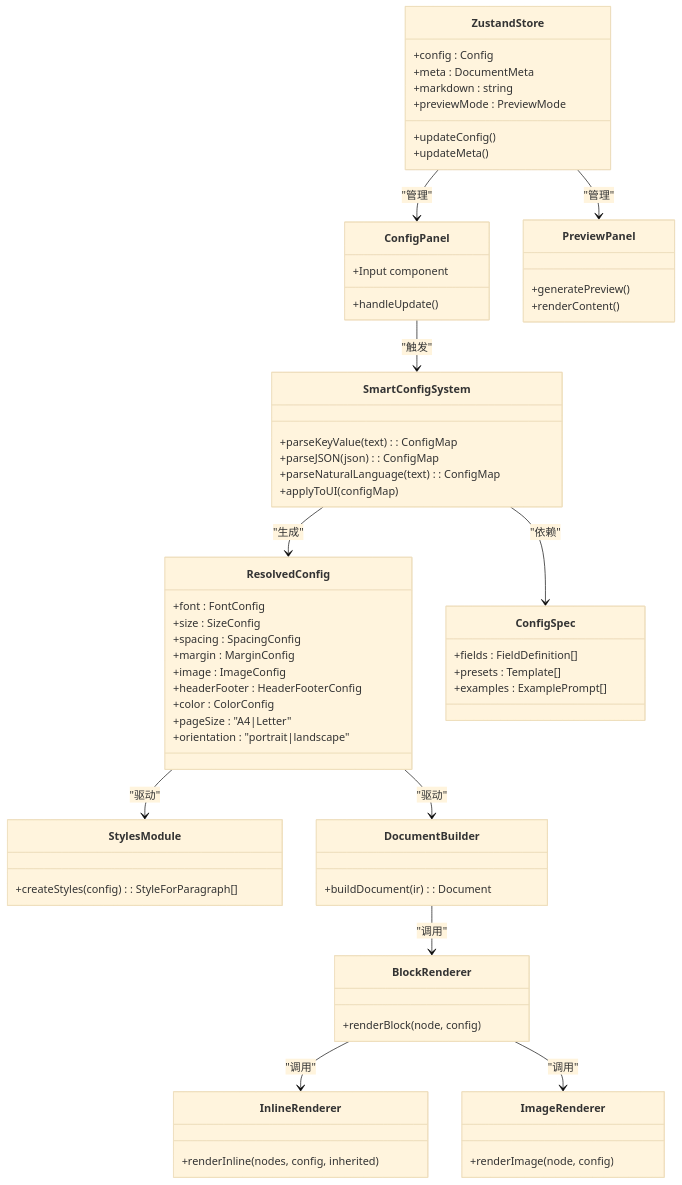
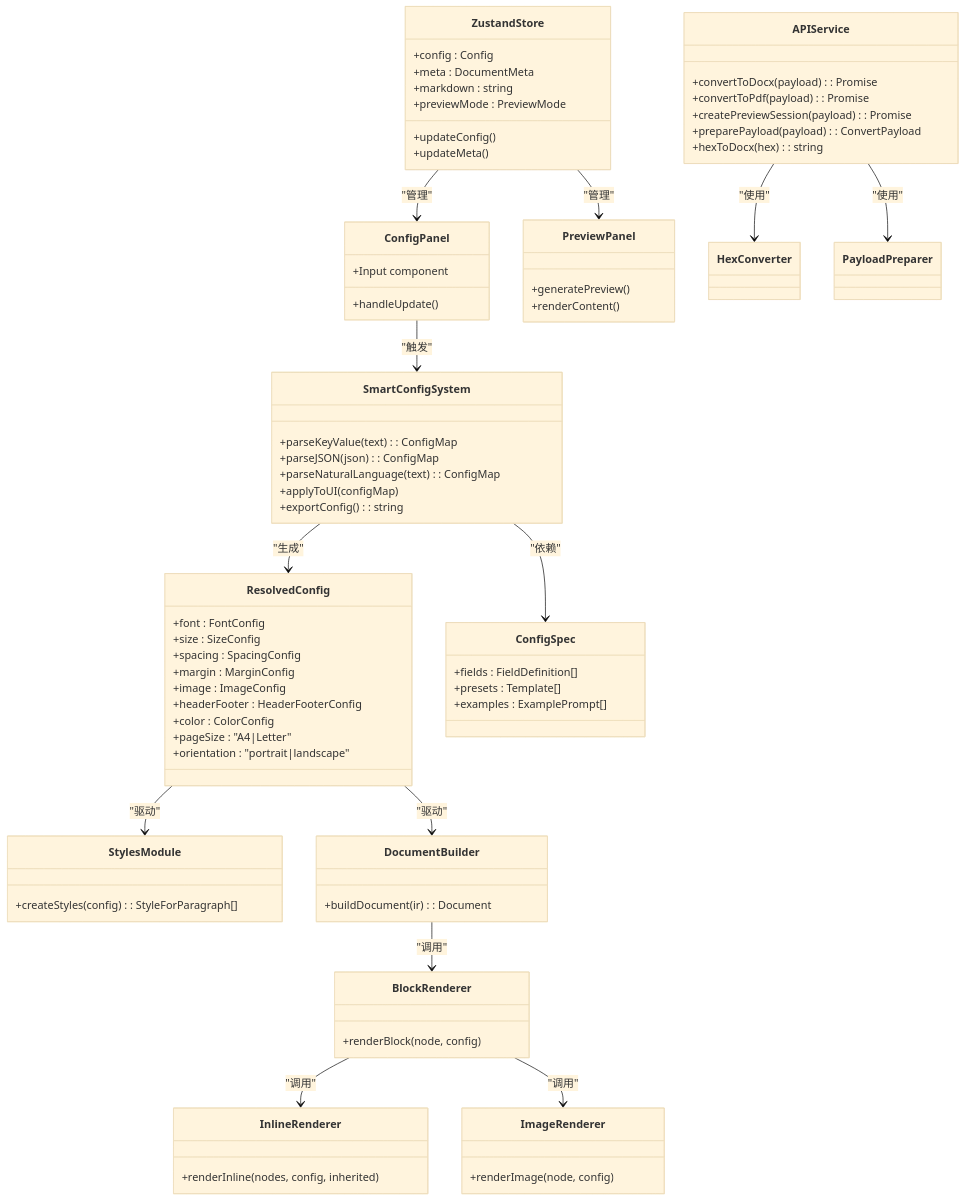
Before and after one commit to wanwushelie/markdown-to-word-studio: the tenth of 10 diagrams in .lingma/repowiki/zh/content/用户指南/配置系统/配置系统.md, drawn with Mermaid (base theme). The commit also changed other lines of this file and 48 other files, not shown here.

````diff
--- a/.lingma/repowiki/zh/content/用户指南/配置系统/配置系统.md
+++ b/.lingma/repowiki/zh/content/用户指南/配置系统/配置系统.md
@@ -737,66 +808,76 @@
 ```mermaid
 classDiagram
 class ResolvedConfig {
 +font : FontConfig
 +size : SizeConfig
 +spacing : SpacingConfig
 +margin : MarginConfig
 +image : ImageConfig
 +headerFooter : HeaderFooterConfig
 +color : ColorConfig
 +pageSize : "A4|Letter"
 +orientation : "portrait|landscape"
 }
 class ZustandStore {
 +config : Config
 +meta : DocumentMeta
 +markdown : string
 +previewMode : PreviewMode
 +updateConfig()
 +updateMeta()
 }
 class ConfigPanel {
 +handleUpdate()
 +Input component
 }
 class SmartConfigSystem {
 +parseKeyValue(text) : ConfigMap
 +parseJSON(json) : ConfigMap
 +parseNaturalLanguage(text) : ConfigMap
 +applyToUI(configMap)
++exportConfig() : string
 }
 class ConfigSpec {
 +fields : FieldDefinition[]
 +presets : Template[]
 +examples : ExamplePrompt[]
+}
+class APIService {
++convertToDocx(payload) : Promise<Blob>
++convertToPdf(payload) : Promise<Blob>
++createPreviewSession(payload) : Promise<Session>
++preparePayload(payload) : ConvertPayload
++hexToDocx(hex) : string
 }
 class StylesModule {
 +createStyles(config) : StyleForParagraph[]
 }
 class DocumentBuilder {
 +buildDocument(ir) : Document
 }
 class BlockRenderer {
 +renderBlock(node, config)
 }
 class InlineRenderer {
 +renderInline(nodes, config, inherited)
 }
 class ImageRenderer {
 +renderImage(node, config)
 }
 class PreviewPanel {
 +generatePreview()
 +renderContent()
 }
 ResolvedConfig --> StylesModule : "驱动"
 ResolvedConfig --> DocumentBuilder : "驱动"
 DocumentBuilder --> BlockRenderer : "调用"
 BlockRenderer --> InlineRenderer : "调用"
 BlockRenderer --> ImageRenderer : "调用"
 ZustandStore --> ConfigPanel : "管理"
 ZustandStore --> PreviewPanel : "管理"
 ConfigPanel --> SmartConfigSystem : "触发"
 SmartConfigSystem --> ConfigSpec : "依赖"
 SmartConfigSystem --> ResolvedConfig : "生成"
+APIService --> HexConverter : "使用"
+APIService --> PayloadPreparer : "使用"
 ```
````
